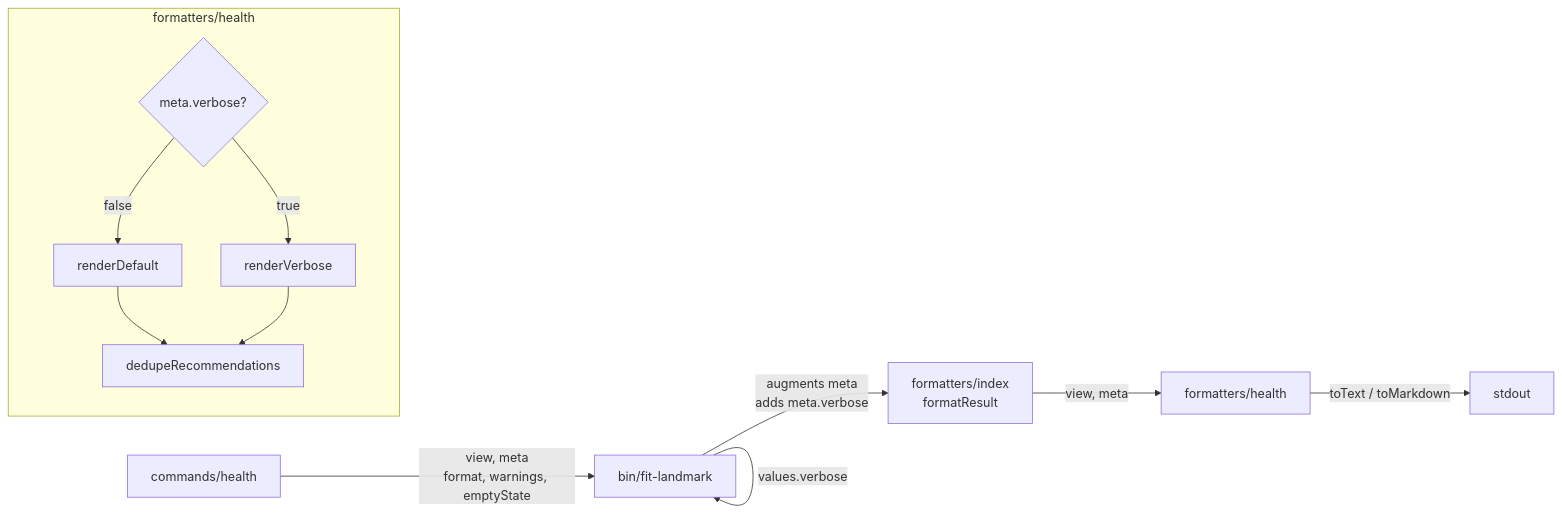
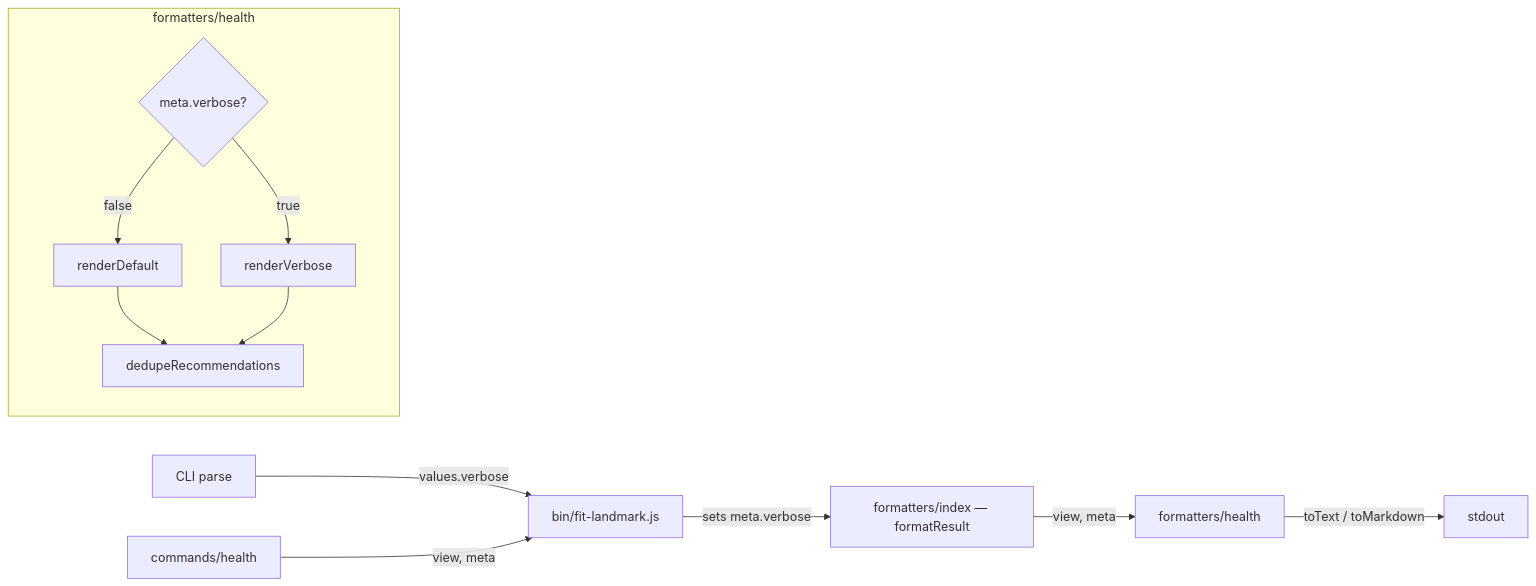
The first of 2 diagrams in specs/720-landmark-health-view-readability/design-a.md (forwardimpact/pathway), drawn with Mermaid before and after one commit. The commit also changed other lines of this file, not shown here.

````diff
--- a/specs/720-landmark-health-view-readability/design-a.md
+++ b/specs/720-landmark-health-view-readability/design-a.md
@@ -16,15 +16,15 @@
 ```mermaid
 flowchart LR
-  CLI[bin/fit-landmark] -->|values.verbose| CLI
-  Cmd[commands/health] -->|view, meta\nformat, warnings, emptyState| CLI
-  CLI -->|augments meta\nadds meta.verbose| Disp[formatters/index\nformatResult]
+  Parse[CLI parse] -->|values.verbose| CLI[bin/fit-landmark.js]
+  Cmd[commands/health] -->|view, meta| CLI
+  CLI -->|sets meta.verbose| Disp[formatters/index — formatResult]
   Disp -->|view, meta| Fmt[formatters/health]
   Fmt -->|toText / toMarkdown| Out[stdout]
   subgraph formatters/health
     Mode{meta.verbose?}
     Mode -- false --> Default[renderDefault]
     Mode -- true --> Verbose[renderVerbose]
     Default --> Dedup[dedupeRecommendations]
     Verbose --> Dedup
   end
 ```
````
